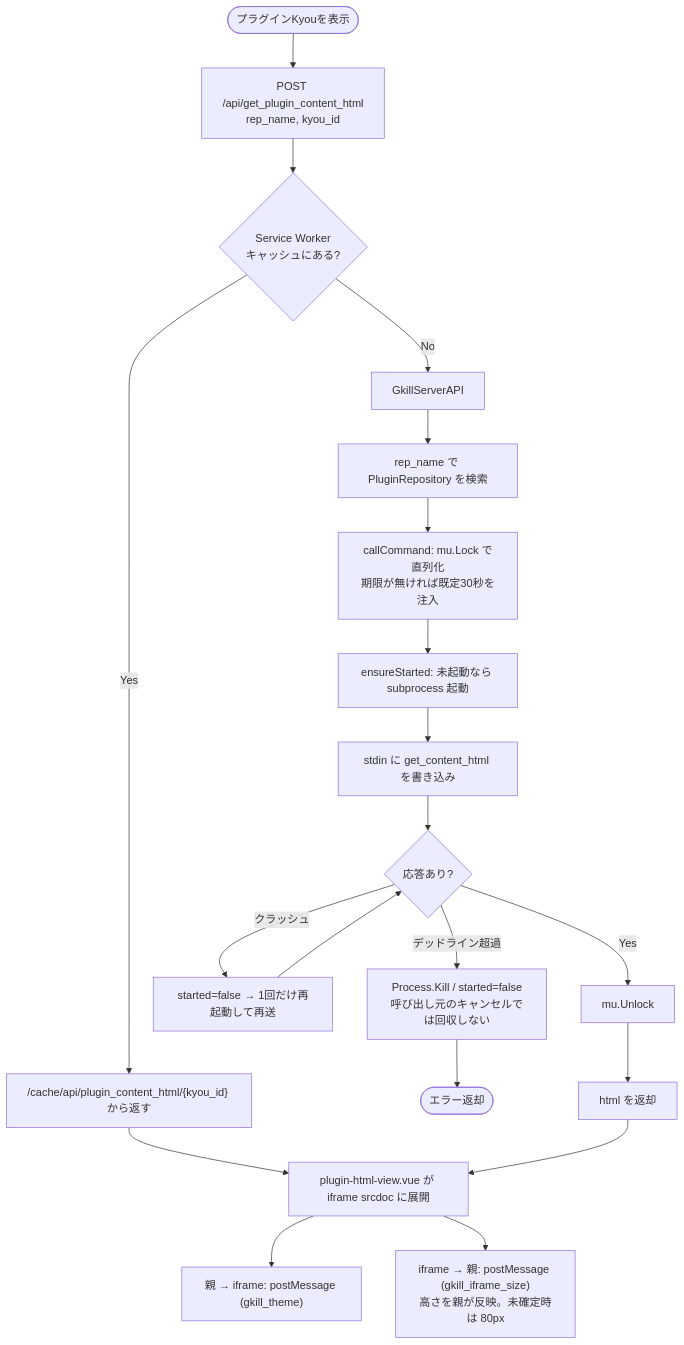
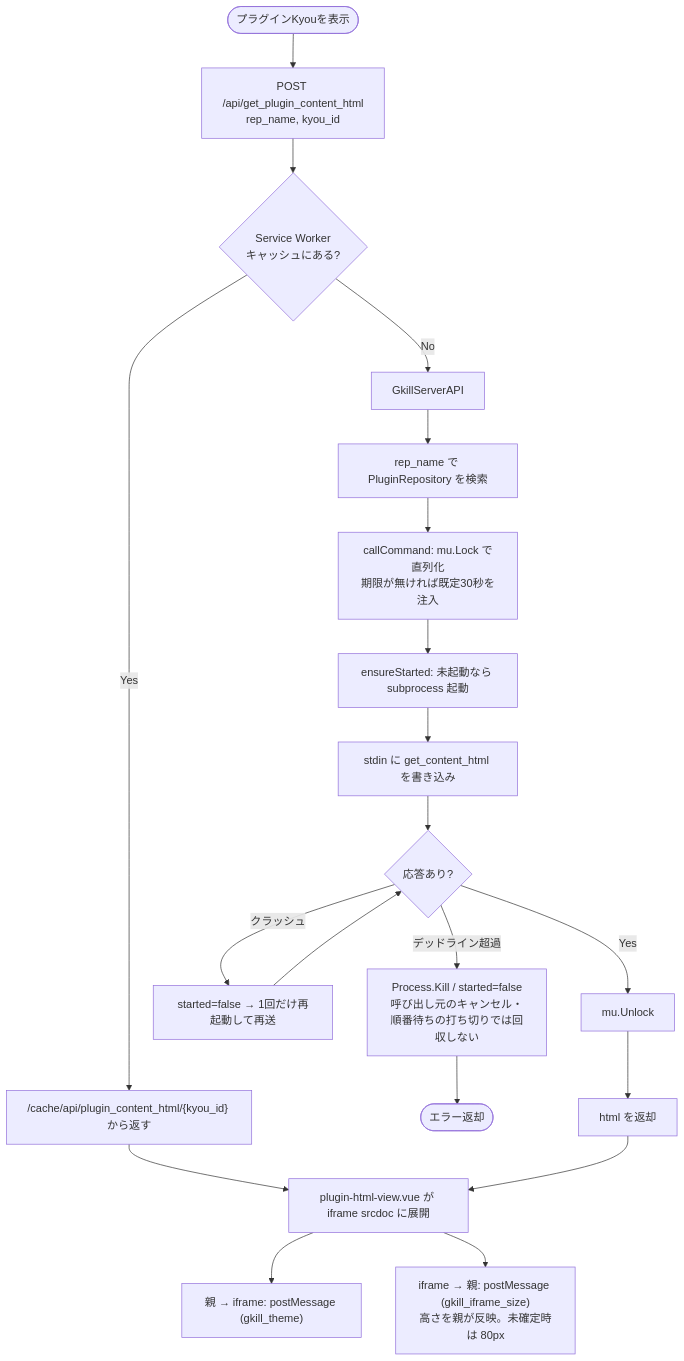
The tenth of 13 diagrams in documents/reverse/activity-diagrams.md (mt3hr/gkill), drawn with Mermaid before and after one commit. The commit also changed 34 other files, not shown here.

````diff
--- a/documents/reverse/activity-diagrams.md
+++ b/documents/reverse/activity-diagrams.md
@@ -317,26 +317,26 @@
 ```mermaid
 flowchart TD
     Start([プラグインKyouを表示]) --> Req[POST /api/get_plugin_content_html<br>rep_name, kyou_id]
     Req --> SW{Service Worker<br>キャッシュにある?}
     SW -->|Yes| FromCache["/cache/api/plugin_content_html/{kyou_id} から返す"]
     SW -->|No| Server[GkillServerAPI]
 
     Server --> FindRep[rep_name で PluginRepository を検索]
     FindRep --> Lock[callCommand: mu.Lock で直列化<br>期限が無ければ既定30秒を注入]
     Lock --> Ensure[ensureStarted: 未起動なら subprocess 起動]
     Ensure --> Send[stdin に get_content_html を書き込み]
     Send --> Recv{応答あり?}
 
-    Recv -->|デッドライン超過| Kill[Process.Kill / started=false<br>呼び出し元のキャンセルでは回収しない]
+    Recv -->|デッドライン超過| Kill[Process.Kill / started=false<br>呼び出し元のキャンセル・順番待ちの打ち切りでは回収しない]
     Kill --> ErrOut([エラー返却])
     Recv -->|クラッシュ| Retry[started=false → 1回だけ再起動して再送]
     Retry --> Recv
     Recv -->|Yes| Unlock[mu.Unlock]
 
     Unlock --> Html[html を返却]
     FromCache --> Render
     Html --> Render[plugin-html-view.vue が iframe srcdoc に展開]
 
     Render --> Theme["親 → iframe: postMessage (gkill_theme)"]
     Render --> Size["iframe → 親: postMessage (gkill_iframe_size)<br>高さを親が反映。未確定時は 80px"]
 ```
````
